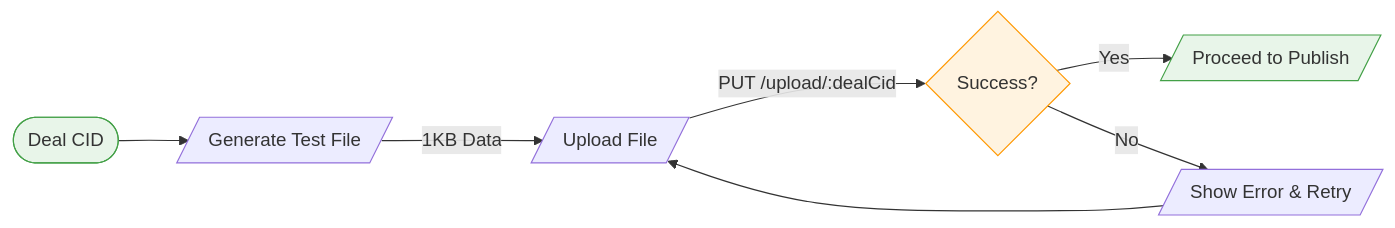
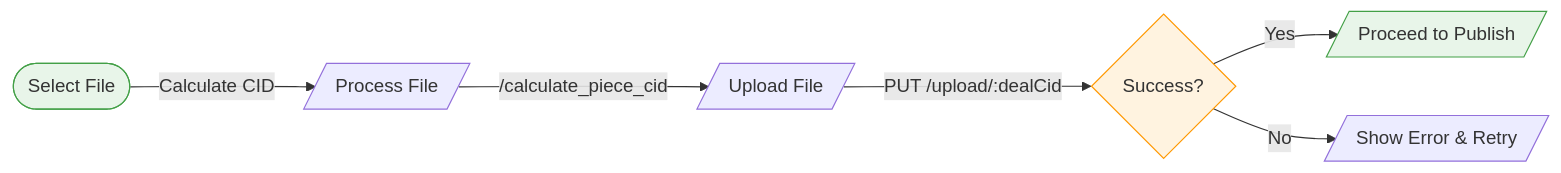
The fourth of 5 diagrams in README.md (eigerco/delia), drawn with Mermaid before and after one commit. The commit also changed other lines of this file, not shown here.

````diff
--- a/README.md
+++ b/README.md
@@ -53,13 +73,11 @@
 ```mermaid
 flowchart LR
-    Start([Deal CID]) --> Generate[/Generate Test File/]
-    Generate -->|1KB Data| Upload[/Upload File/]
+    Start([Select File]) -->|Calculate CID| Process[/Process File/]
+    Process -->|/calculate_piece_cid| Upload[/Upload File/]
     Upload -->|PUT /upload/:dealCid| Check{Success?}
     Check -->|Yes| Next[/Proceed to Publish/]
     Check -->|No| Retry[/Show Error & Retry/]
-    Retry --> Upload
-
     style Start fill:#e8f5e9,stroke:#43a047
     style Next fill:#e8f5e9,stroke:#43a047
     style Check fill:#fff3e0,stroke:#ff9800
 ```
````
